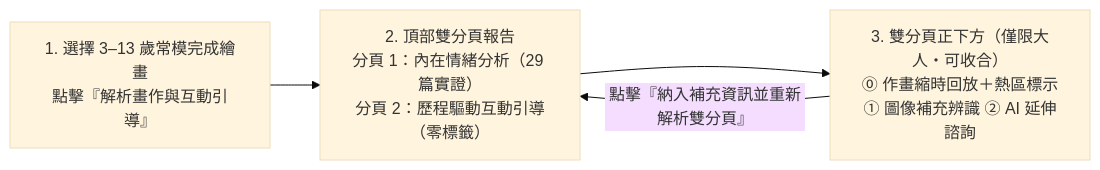
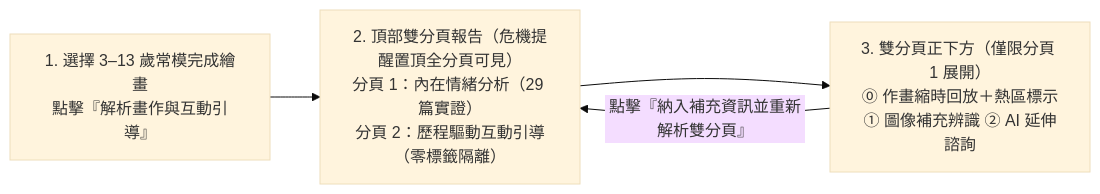
One commit to cpj0624/mindcanvas-drawing-psychology changed the diagram in docs/操作SOP.md. Above: the diagram before and after it, drawn with Mermaid (base theme). The commit also changed other lines of this file and 6 other files, not shown here.

````diff
--- a/docs/操作SOP.md
+++ b/docs/操作SOP.md
@@ -19,6 +19,6 @@
 ```mermaid
 flowchart LR
-    A["1. 選擇 3–13 歲常模完成繪畫<br/>點擊『解析畫作與互動引導』"] --> B["2. 頂部雙分頁報告<br/>分頁 1：內在情緒分析（29 篇實證）<br/>分頁 2：歷程驅動互動引導（零標籤）"]
-    B --> C["3. 雙分頁正下方（僅限大人・可收合）<br/>⓪ 作畫縮時回放＋熱區標示<br/>① 圖像補充辨識 ② AI 延伸諮詢"]
+    A["1. 選擇 3–13 歲常模完成繪畫<br/>點擊『解析畫作與互動引導』"] --> B["2. 頂部雙分頁報告（危機提醒置頂全分頁可見）<br/>分頁 1：內在情緒分析（29 篇實證）<br/>分頁 2：歷程驅動互動引導（零標籤隔離）"]
+    B --> C["3. 雙分頁正下方（僅限分頁 1 展開）<br/>⓪ 作畫縮時回放＋熱區標示<br/>① 圖像補充辨識 ② AI 延伸諮詢"]
     C -- "點擊『納入補充資訊並重新解析雙分頁』" --> B
 ```
````
